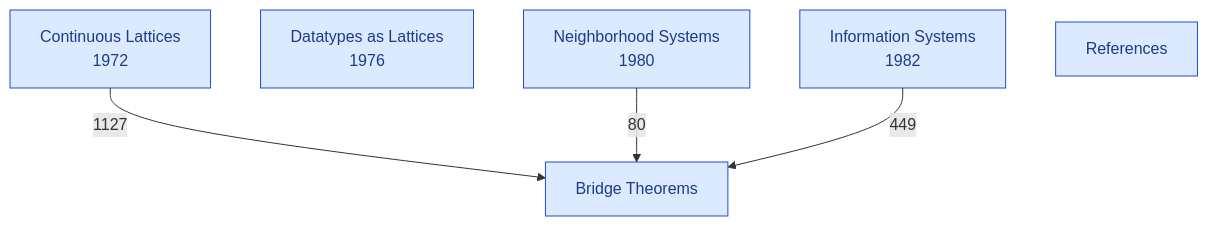
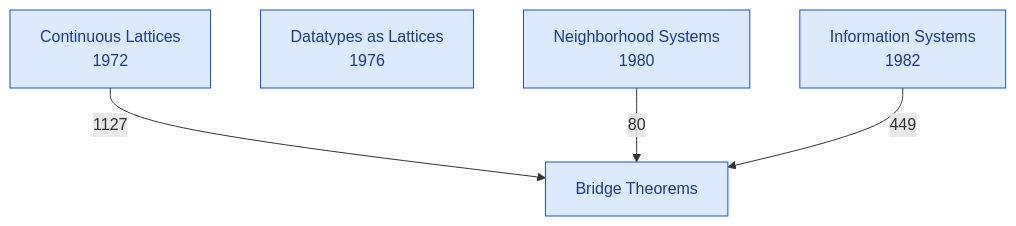
Before and after one commit to catskillsresearch/DomainTheory: the diagram in DomainTheory.mermaid, drawn with Mermaid. The commit also changed 91 other files, not shown here.

```diff
--- a/DomainTheory.mermaid
+++ b/DomainTheory.mermaid
@@ -1,15 +1,14 @@
 %% Each box is one chapter on the top page.
 %% The arrowhead is on the chapter that imports. The number is a direct-import count.
 %% Datatypes as lattices and the references have no Lean imports across these chapters.
 flowchart TB
   CL["Continuous Lattices\n1972"]
   DT["Datatypes as Lattices\n1976"]
   NS["Neighborhood Systems\n1980"]
   IS["Information Systems\n1982"]
   BR["Bridge Theorems"]
-  REF["References"]
   CL -->|"1127"| BR
   NS -->|"80"| BR
   IS -->|"449"| BR
   classDef chapter fill:#dbeafe,stroke:#1d4ed8,color:#1e3a8a
-  class CL,DT,NS,IS,BR,REF chapter
+  class CL,DT,NS,IS,BR chapter
```
